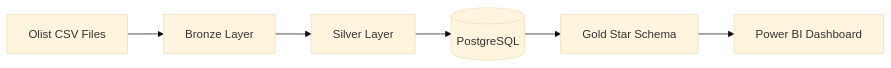
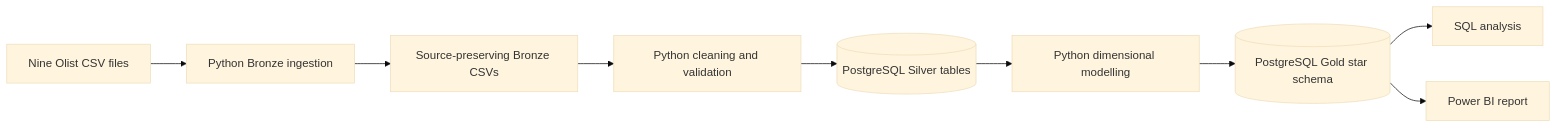
Before and after one commit to Hrithik028/Olist-Retail-Analytics: the diagram in README.md, drawn with Mermaid (base theme). The commit also changed other lines of this file, not shown here.

````diff
--- a/README.md
+++ b/README.md
@@ -19,8 +31,11 @@
 ```mermaid
 flowchart LR
-    A[Olist CSV Files] --> B[Bronze Layer]
-    B --> C[Silver Layer]
-    C --> D[(PostgreSQL)]
-    D --> E[Gold Star Schema]
-    E --> F[Power BI Dashboard]
+    A[Nine Olist CSV files] --> B[Python Bronze ingestion]
+    B --> C[Source-preserving Bronze CSVs]
+    C --> D[Python cleaning and validation]
+    D --> E[(PostgreSQL Silver tables)]
+    E --> F[Python dimensional modelling]
+    F --> G[(PostgreSQL Gold star schema)]
+    G --> H[SQL analysis]
+    G --> I[Power BI report]
 ```
````
